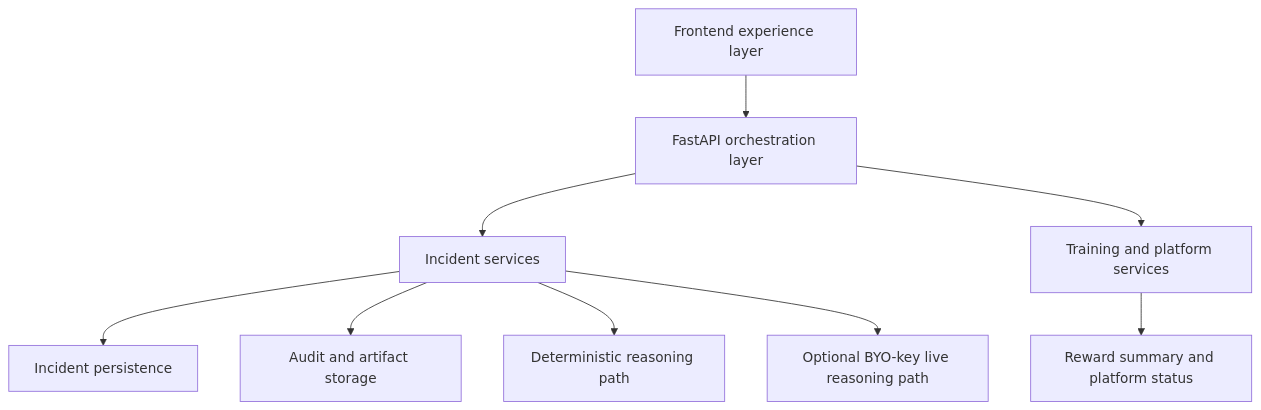
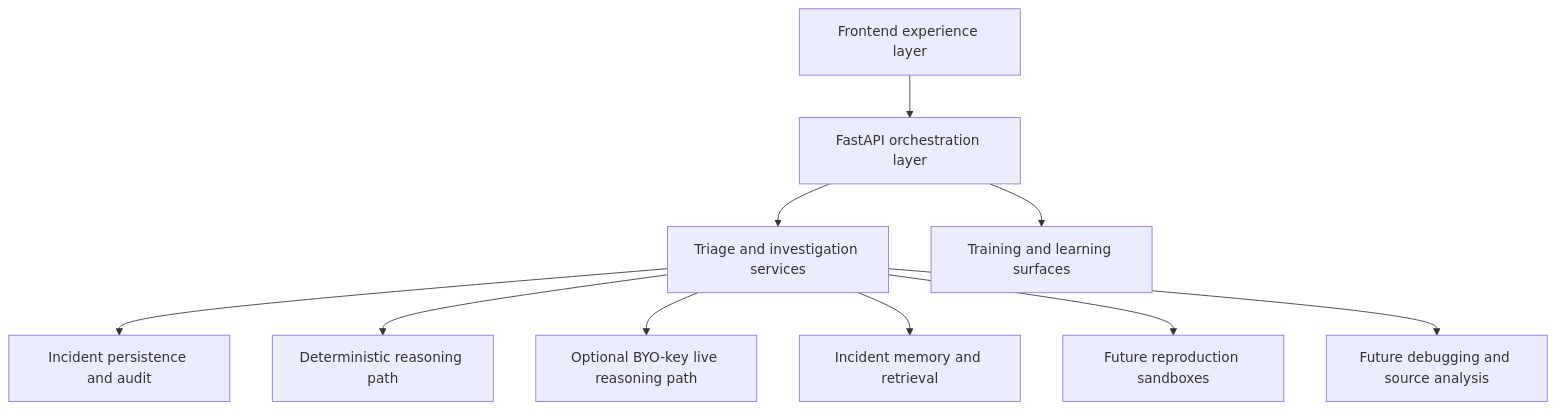
Before and after one commit to kunalkachru/nexus-v2: the third of 4 diagrams in docs/VISUAL_ARCHITECTURE_AND_FLOWS.md, drawn with Mermaid. The commit also changed other lines of this file and 10 other files, not shown here.

````diff
--- a/docs/VISUAL_ARCHITECTURE_AND_FLOWS.md
+++ b/docs/VISUAL_ARCHITECTURE_AND_FLOWS.md
@@ -109,11 +109,12 @@
 ```mermaid
 flowchart TD
     A["Frontend experience layer"] --> B["FastAPI orchestration layer"]
-    B --> C["Incident services"]
-    B --> D["Training and platform services"]
-    C --> E["Incident persistence"]
-    C --> F["Audit and artifact storage"]
-    C --> G["Deterministic reasoning path"]
-    C --> H["Optional BYO-key live reasoning path"]
-    D --> I["Reward summary and platform status"]
+    B --> C["Triage and investigation services"]
+    B --> D["Training and learning surfaces"]
+    C --> E["Incident persistence and audit"]
+    C --> F["Deterministic reasoning path"]
+    C --> G["Optional BYO-key live reasoning path"]
+    C --> H["Incident memory and retrieval"]
+    C --> I["Future reproduction sandboxes"]
+    C --> J["Future debugging and source analysis"]
 ```
````
